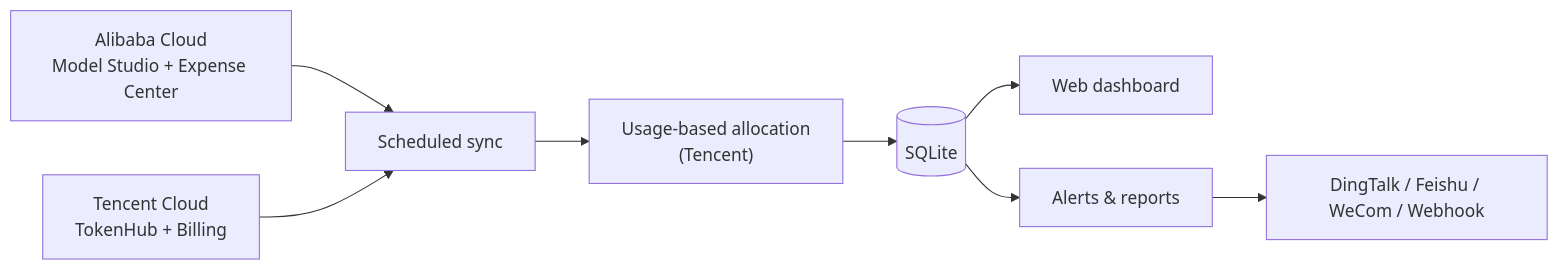
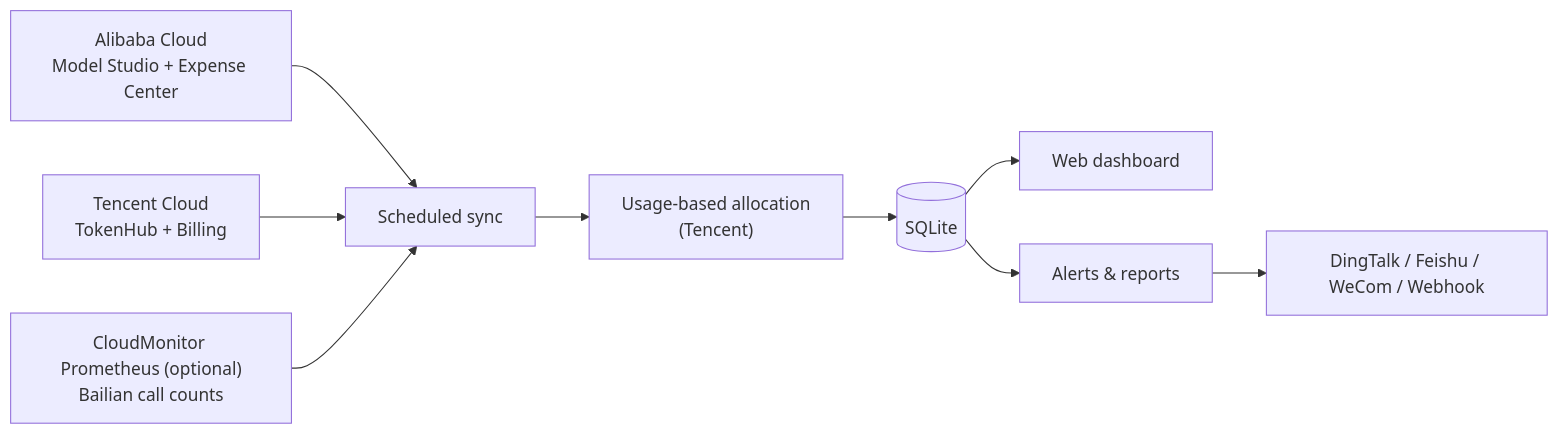
One commit to sreyun/tokentally changed the diagram in README.en.md. Above: the diagram before and after it, drawn with Mermaid. The commit also changed other lines of this file and 22 other files, not shown here.

````diff
--- a/README.en.md
+++ b/README.en.md
@@ -76,8 +76,9 @@
 ```mermaid
 flowchart LR
   A["Alibaba Cloud<br/>Model Studio + Expense Center"] --> S["Scheduled sync"]
   T["Tencent Cloud<br/>TokenHub + Billing"] --> S
+  P["CloudMonitor Prometheus (optional)<br/>Bailian call counts"] --> S
   S --> AL["Usage-based allocation<br/>(Tencent)"] --> DB[("SQLite")]
   DB --> W["Web dashboard"]
   DB --> N["Alerts & reports"] --> IM["DingTalk / Feishu / WeCom / Webhook"]
 ```
````
